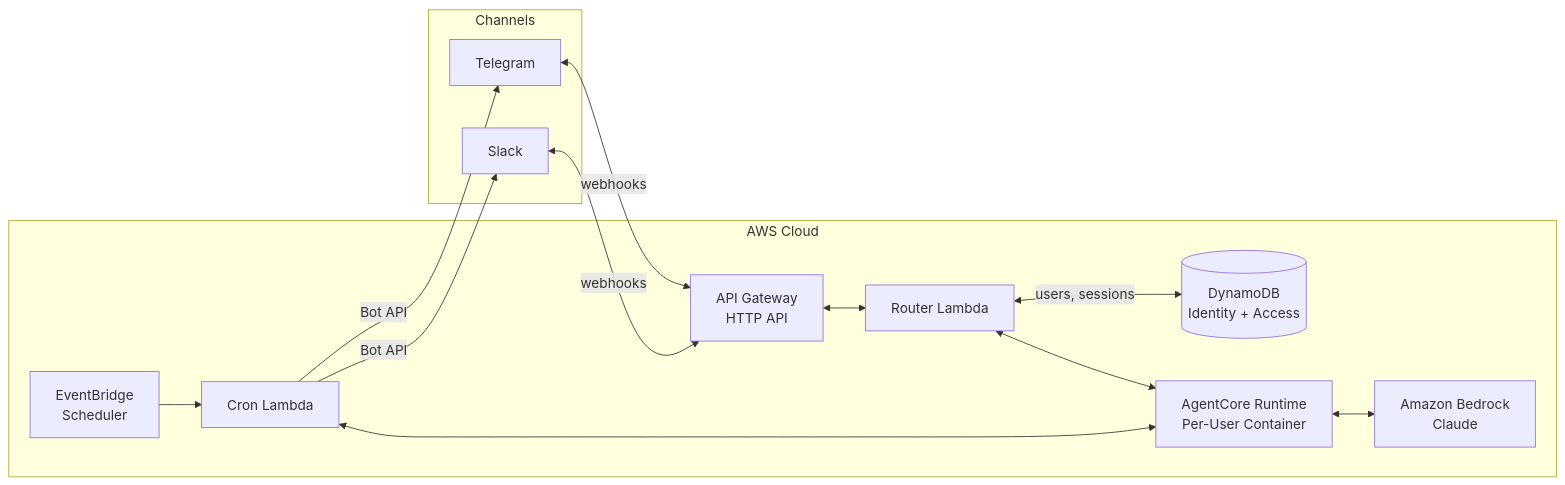
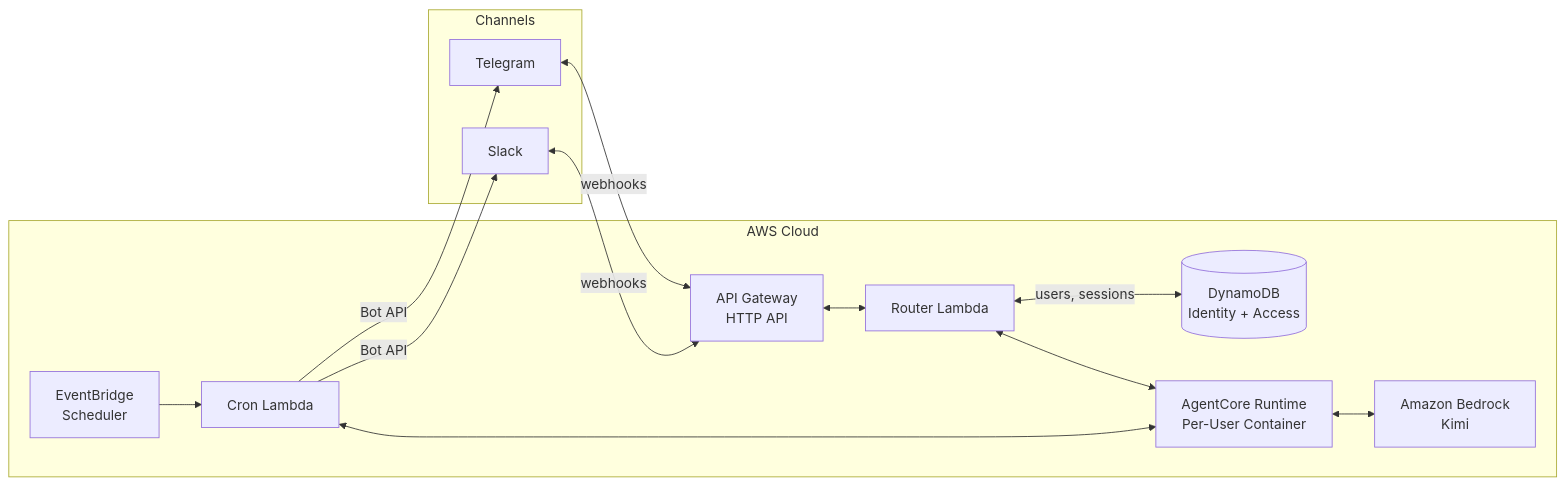
One commit to aws-samples/sample-host-openclaw-on-amazon-bedrock-agentcore changed the diagram in README.md. Above: the diagram before and after it, drawn with Mermaid. The commit also changed other lines of this file and 35 other files, not shown here.

````diff
--- a/README.md
+++ b/README.md
@@ -47,26 +47,26 @@
 ```mermaid
 flowchart LR
     subgraph Channels
         TG[Telegram]
         SL[Slack]
     end
 
     subgraph AWS[AWS Cloud]
         APIGW[API Gateway<br/>HTTP API]
         ROUTER[Router Lambda]
         DDB[(DynamoDB<br/>Identity + Access)]
         AGENT[AgentCore Runtime<br/>Per-User Container]
-        BEDROCK[Amazon Bedrock<br/>Claude]
+        BEDROCK[Amazon Bedrock<br/>Kimi]
         CRON[EventBridge<br/>Scheduler]
         CRONLAMBDA[Cron Lambda]
     end
 
     TG & SL <-->|webhooks| APIGW
     APIGW <--> ROUTER
     ROUTER <-->|users, sessions| DDB
     ROUTER <--> AGENT
     AGENT <--> BEDROCK
     CRON --> CRONLAMBDA
     CRONLAMBDA <--> AGENT
     CRONLAMBDA -->|Bot API| TG & SL
 ```
````
